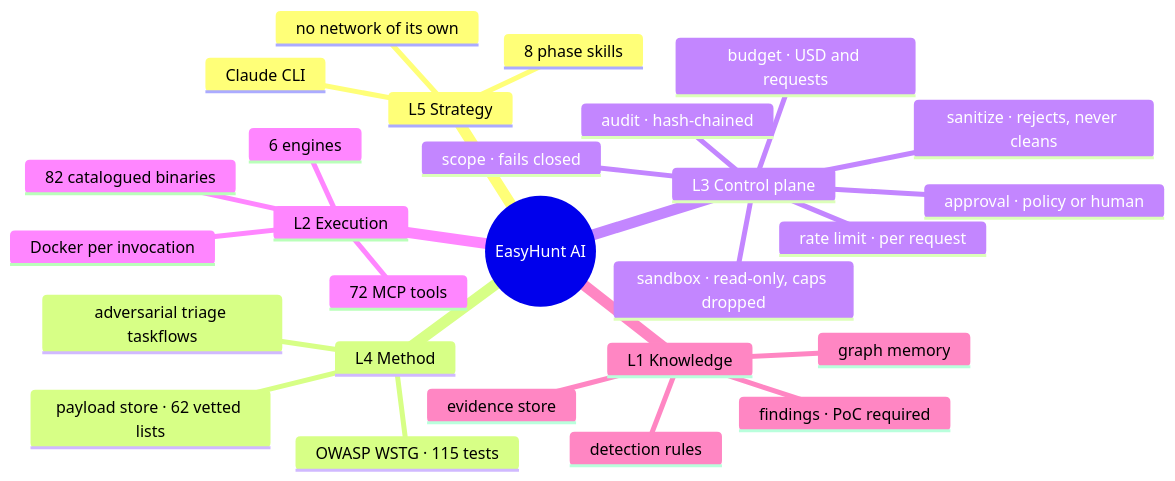
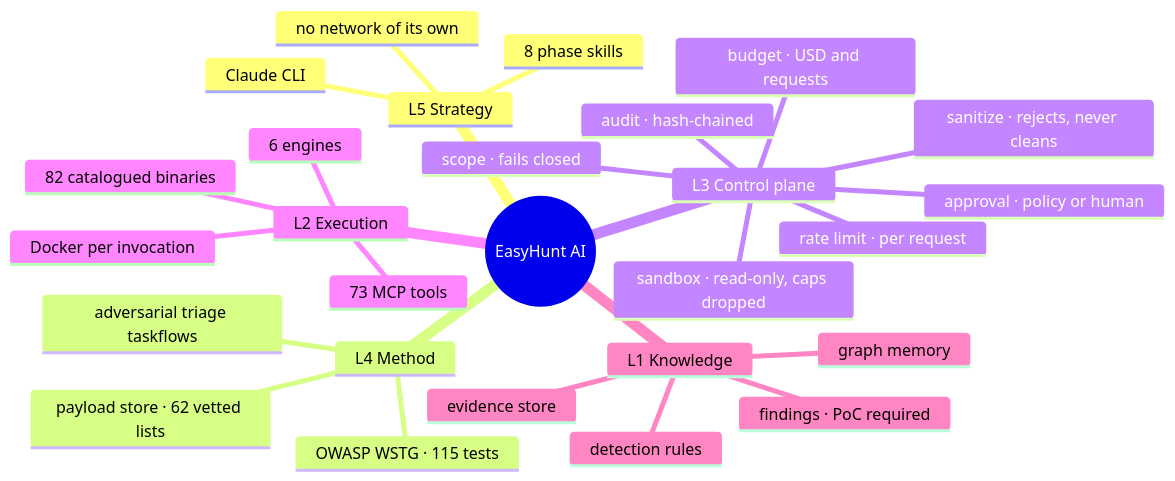
One commit to iamsecure1920/Cordon-AI changed the second of 4 diagrams in README.md. Above: the diagram before and after it, drawn with Mermaid. The commit also changed other lines of this file and 5 other files, not shown here.

````diff
--- a/README.md
+++ b/README.md
@@ -107,30 +107,30 @@
 ```mermaid
 mindmap
   root((EasyHunt AI))
     L5 Strategy
       Claude CLI
       no network of its own
       8 phase skills
     L4 Method
       OWASP WSTG · 115 tests
       adversarial triage taskflows
       payload store · 62 vetted lists
     L3 Control plane
       scope · fails closed
       sanitize · rejects, never cleans
       budget · USD and requests
       rate limit · per request
       approval · policy or human
       sandbox · read-only, caps dropped
       audit · hash-chained
     L2 Execution
-      72 MCP tools
+      73 MCP tools
       82 catalogued binaries
       6 engines
       Docker per invocation
     L1 Knowledge
       findings · PoC required
       graph memory
       detection rules
       evidence store
 ```
````
